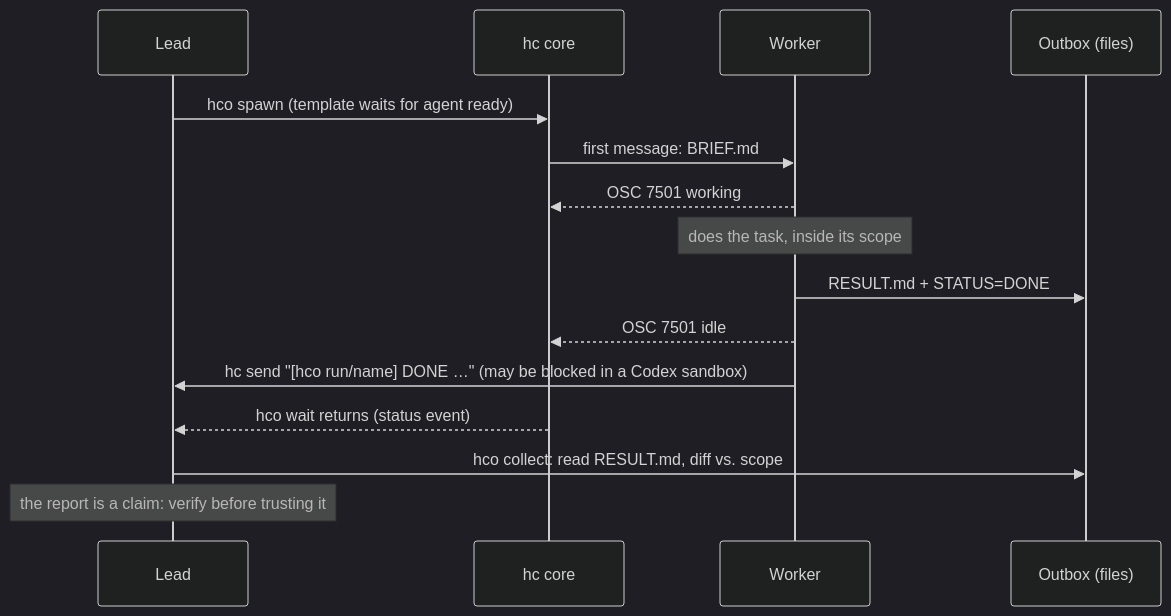
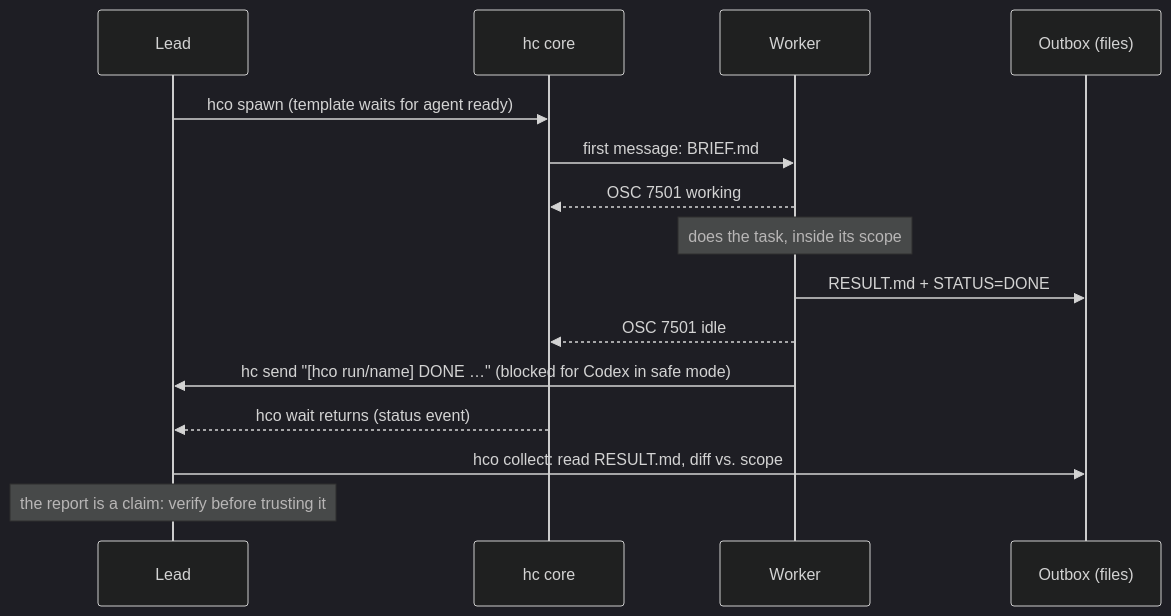
The fourth of 8 diagrams in README.md (pratiksridhar/hc-orchestrate), drawn with Mermaid (dark theme) before and after one commit. The commit also changed other lines of this file and 5 other files, not shown here.

First line of the commit message:
hco: keep check artifacts out of merges; add merge --dry-run

````diff
--- a/README.md
+++ b/README.md
@@ -116,18 +116,18 @@
 ```mermaid
 sequenceDiagram
     participant L as Lead
     participant C as hc core
     participant W as Worker
     participant O as Outbox (files)
 
     L->>C: hco spawn (template waits for agent ready)
     C->>W: first message: BRIEF.md
     W-->>C: OSC 7501 working
     Note over W: does the task, inside its scope
     W->>O: RESULT.md + STATUS=DONE
     W-->>C: OSC 7501 idle
-    W->>L: hc send "[hco run/name] DONE …" (may be blocked in a Codex sandbox)
+    W->>L: hc send "[hco run/name] DONE …" (blocked for Codex in safe mode)
     C-->>L: hco wait returns (status event)
     L->>O: hco collect: read RESULT.md, diff vs. scope
     Note over L: the report is a claim: verify before trusting it
 ```
````
